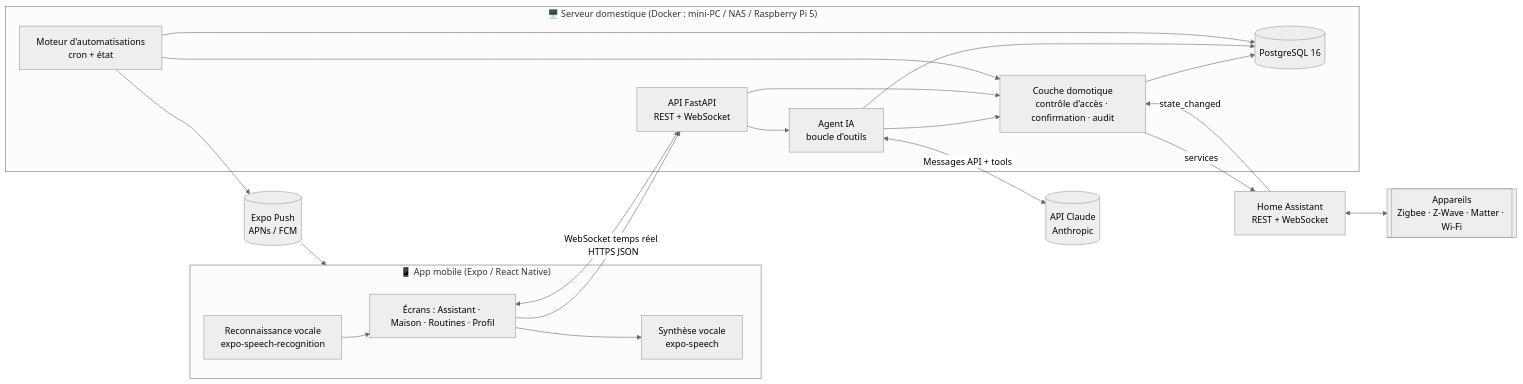
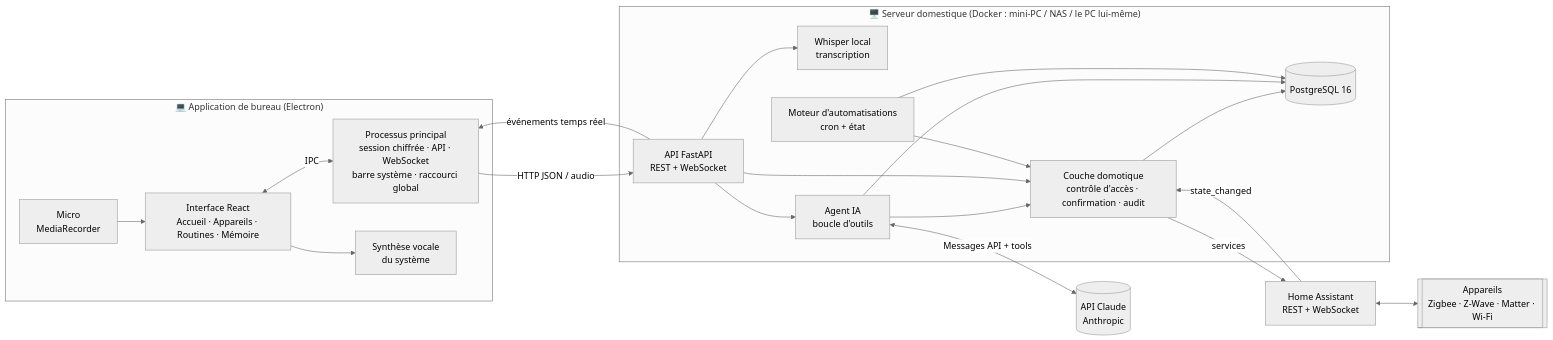
One commit to avaury70-cell/aide-ia- changed the first of 3 diagrams in docs/ARCHITECTURE.md. Above: the diagram before and after it, drawn with Mermaid (neutral theme). The commit also changed other lines of this file and 82 other files, not shown here.

First line of the commit message:
Passage à une application de bureau au design moderne et futuriste

````diff
--- a/docs/ARCHITECTURE.md
+++ b/docs/ARCHITECTURE.md
@@ -17,39 +19,40 @@
 ```mermaid
 flowchart LR
-    subgraph Mobile["📱 App mobile (Expo / React Native)"]
-        UI[Écrans : Assistant · Maison · Routines · Profil]
-        STT[Reconnaissance vocale<br/>expo-speech-recognition]
-        TTS[Synthèse vocale<br/>expo-speech]
+    subgraph Desktop["💻 Application de bureau (Electron)"]
+        UI[Interface React<br/>Accueil · Appareils · Routines · Mémoire]
+        MAIN[Processus principal<br/>session chiffrée · API · WebSocket<br/>barre système · raccourci global]
+        MIC[Micro<br/>MediaRecorder]
+        TTS[Synthèse vocale<br/>du système]
     end
 
-    subgraph Serveur["🖥️ Serveur domestique (Docker : mini-PC / NAS / Raspberry Pi 5)"]
+    subgraph Serveur["🖥️ Serveur domestique (Docker : mini-PC / NAS / le PC lui-même)"]
         API[API FastAPI<br/>REST + WebSocket]
+        STT[Whisper local<br/>transcription]
         AGENT[Agent IA<br/>boucle d'outils]
         HOME[Couche domotique<br/>contrôle d'accès · confirmation · audit]
         AUTO[Moteur d'automatisations<br/>cron + état]
         DB[(PostgreSQL 16)]
     end
 
     HA[Home Assistant<br/>REST + WebSocket]
     DEV[[Appareils<br/>Zigbee · Z-Wave · Matter · Wi-Fi]]
     CLAUDE[(API Claude<br/>Anthropic)]
-    PUSH[(Expo Push<br/>APNs / FCM)]
 
-    UI -- HTTPS JSON --> API
-    UI <-- WebSocket temps réel --> API
-    STT --> UI
+    UI <-- IPC --> MAIN
+    MIC --> UI
     UI --> TTS
+    MAIN -- HTTP JSON / audio --> API
+    API -- événements temps réel --> MAIN
+    API --> STT
     API --> AGENT
     AGENT <-- Messages API + tools --> CLAUDE
     AGENT --> HOME
     API --> HOME
     AUTO --> HOME
     HOME -- services --> HA
     HA -- state_changed --> HOME
     HA <--> DEV
     HOME --> DB
     AGENT --> DB
     AUTO --> DB
-    AUTO --> PUSH
-    PUSH --> Mobile
 ```
````
